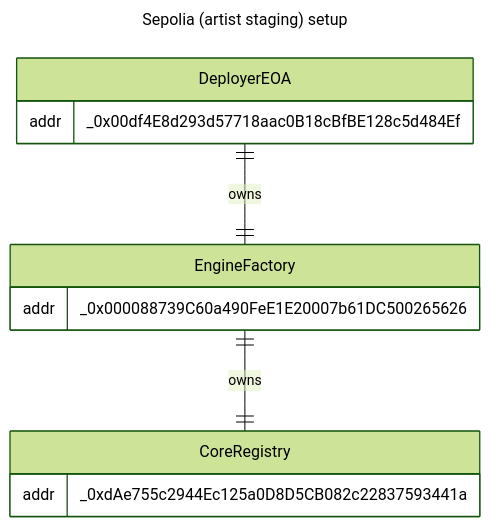
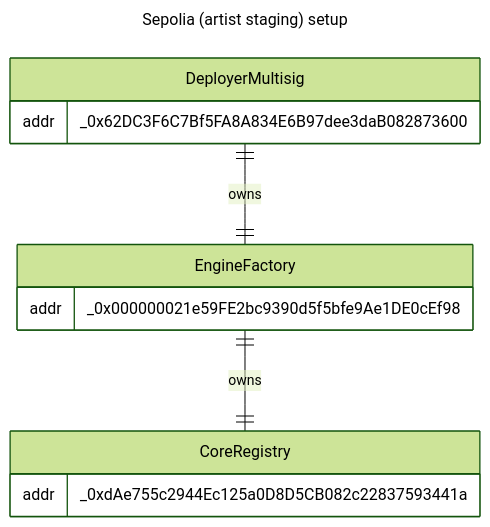
Before and after one commit to void-smith660/artblocks-contracts: the third of 5 diagrams in packages/contracts/INFRASTRUCTURE.md, drawn with Mermaid (forest theme). The commit also changed 3 other files, not shown here.

Commit message:
fix misconfigured staging EngineFactory

````diff
--- a/packages/contracts/INFRASTRUCTURE.md
+++ b/packages/contracts/INFRASTRUCTURE.md
@@ -69,17 +69,17 @@
 ```mermaid
 ---
 title: Sepolia (artist staging) setup
 ---
 erDiagram
-    DeployerEOA ||--|| EngineFactory : owns
+    DeployerMultisig ||--|| EngineFactory : owns
     EngineFactory ||--|| CoreRegistry : owns
-    DeployerEOA {
-        addr _0x00df4E8d293d57718aac0B18cBfBE128c5d484Ef
+    DeployerMultisig {
+        addr _0x62DC3F6C7Bf5FA8A834E6B97dee3daB082873600
     }
     EngineFactory {
-        addr _0x000088739C60a490FeE1E20007b61DC500265626
+        addr _0x000000021e59FE2bc9390d5f5bfe9Ae1DE0cEf98
     }
     CoreRegistry {
         addr _0xdAe755c2944Ec125a0D8D5CB082c22837593441a
     }
 ```
````
